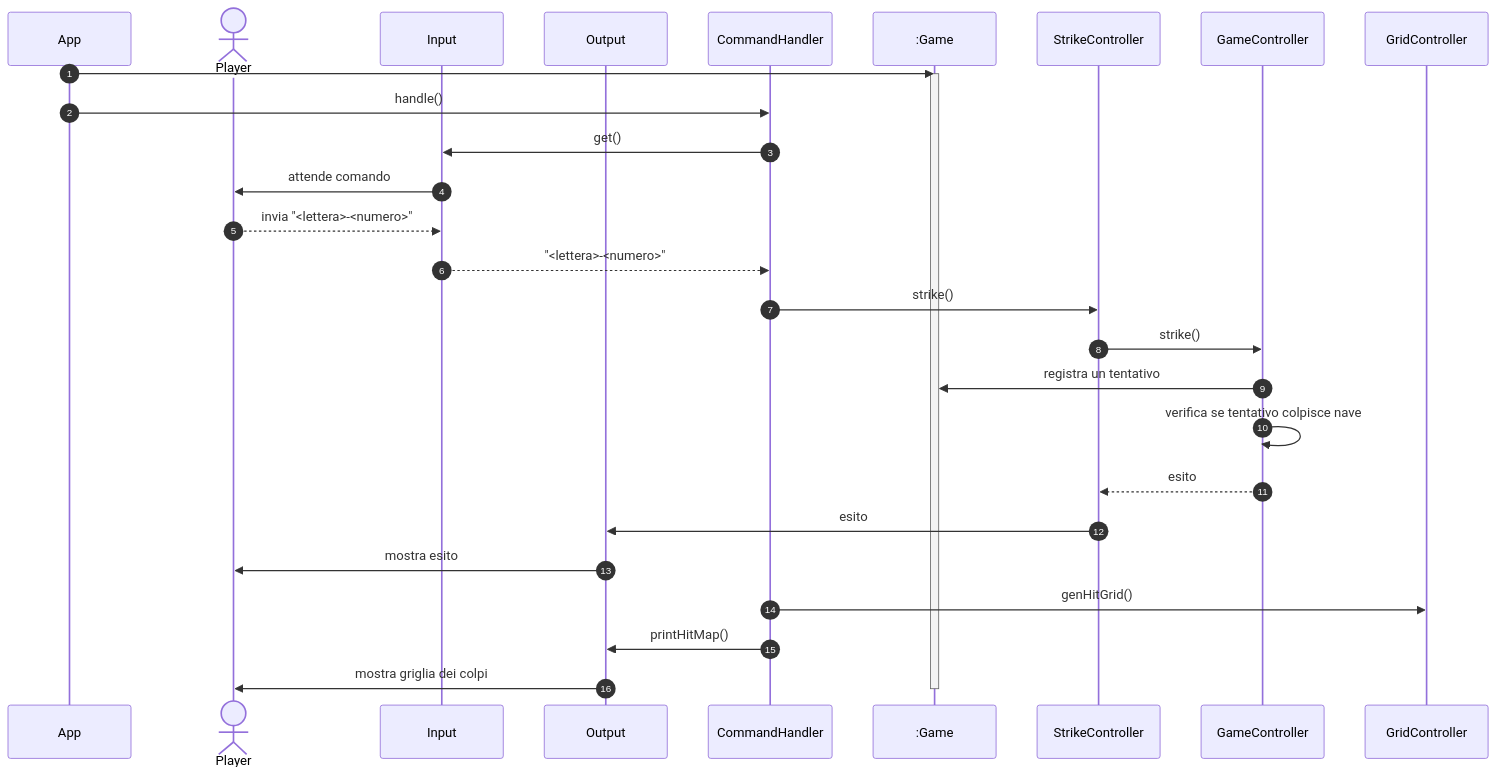
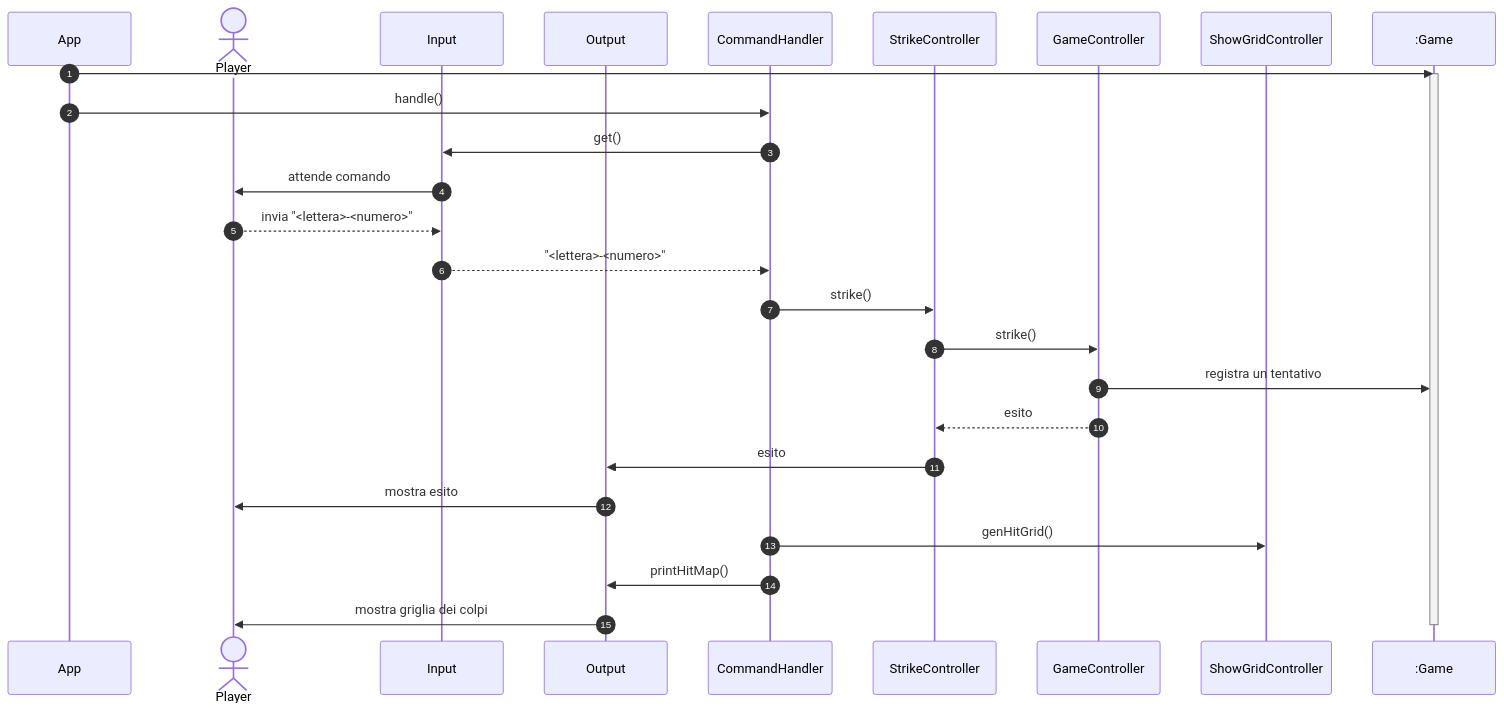
One commit to softeng2223-inf-uniba/progetto2223-thacker changed the sixth of 7 diagrams in docs/Report.md. Above: the diagram before and after it, drawn with Mermaid. The commit also changed other lines of this file, not shown here.

````diff
--- a/docs/Report.md
+++ b/docs/Report.md
@@ -451,35 +449,34 @@
 ```mermaid
 sequenceDiagram
     autonumber
 
     participant App
     actor Player
     participant Input
     participant Output
     participant CH as CommandHandler
-    participant Game as :Game
     participant StCo as StrikeController
     participant GaCo as GameController
-    participant GrCo as GridController
+    participant ShGrCo as ShowGridController
+    participant Game as :Game
 
     App ->> Game: 
     activate Game
 
     App ->> CH: handle()
     CH ->> Input: get()
     Input ->> Player: attende comando
     Player -->> Input: invia "<lettera>-<numero>"
     Input -->> CH: "<lettera>-<numero>"
     CH ->> StCo: strike()
     StCo ->> GaCo: strike()
     GaCo ->> Game: registra un tentativo
-    GaCo ->> GaCo: verifica se tentativo colpisce nave
     GaCo -->> StCo: esito
     StCo ->> Output: esito
     Output ->> Player: mostra esito
-    CH ->> GrCo: genHitGrid()
+    CH ->> ShGrCo: genHitGrid()
     CH ->> Output: printHitMap()
     Output ->> Player: mostra griglia dei colpi
 
     deactivate Game
 ```
````
